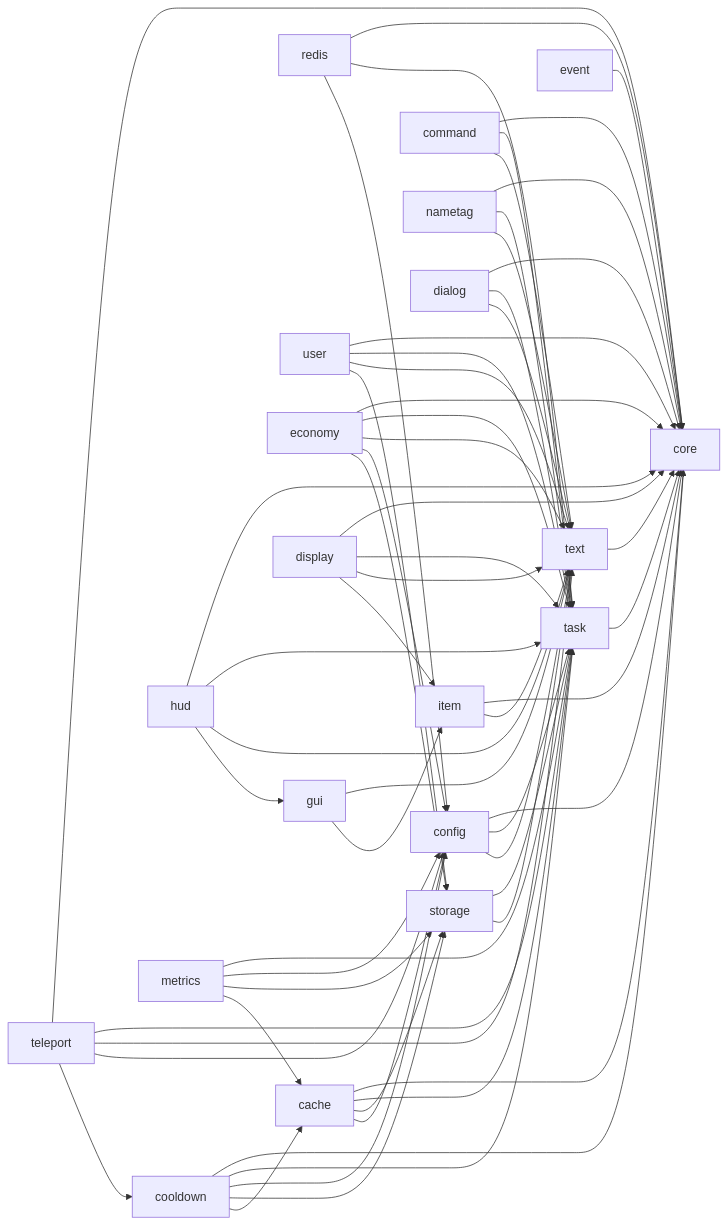
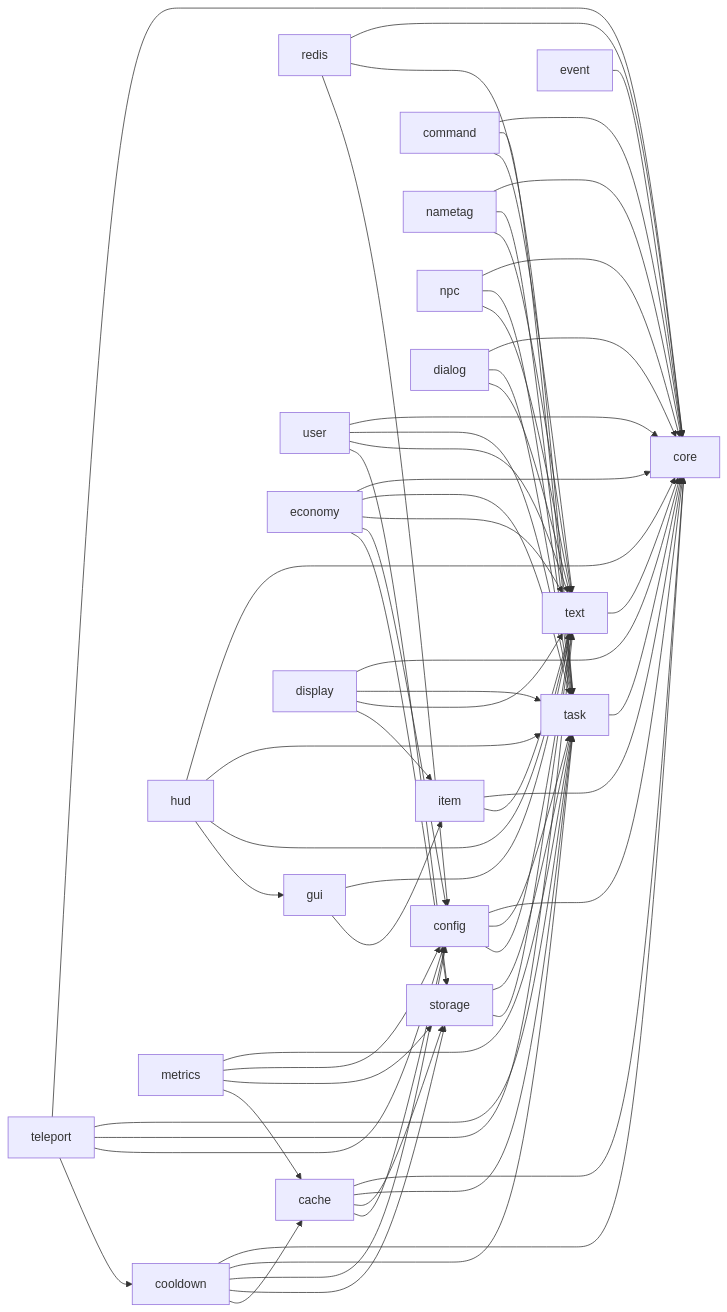
The first of 2 diagrams in docs/architecture.md (HanielCota/Cotani), drawn with Mermaid before and after one commit. The commit also changed other lines of this file and 29 other files, not shown here.

```diff
--- a/docs/architecture.md
+++ b/docs/architecture.md
@@ -26,6 +26,7 @@
     command["command"]
     hud["hud"]
     nametag["nametag"]
+    npc["npc"]
     dialog["dialog"]
     metrics["metrics"]
 
@@ -81,6 +82,9 @@
     nametag --> core
     nametag --> task
     nametag --> text
+    npc --> core
+    npc --> task
+    npc --> text
     dialog --> core
     dialog --> task
     dialog --> text
```
